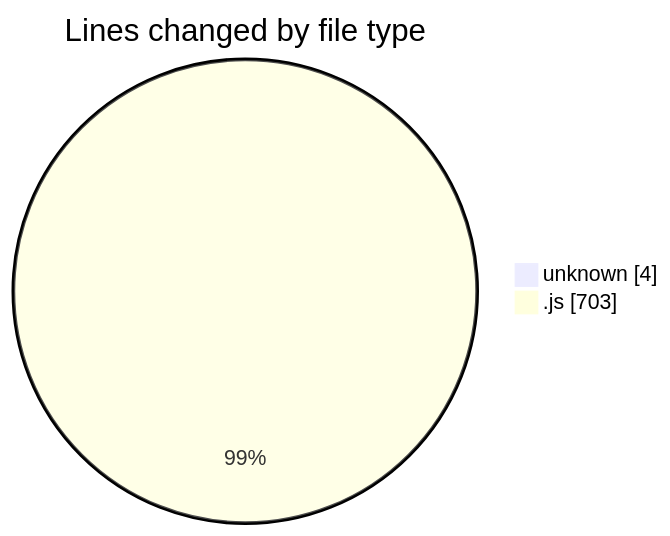
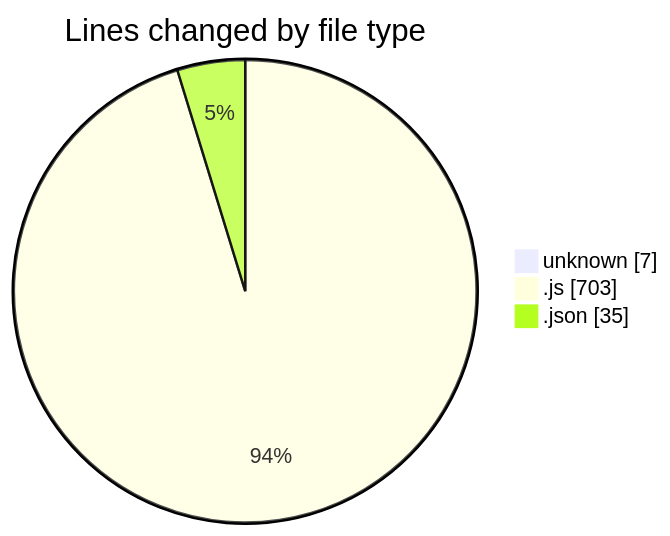
One commit to nxtqubesakshisongat/code-tracking changed the first of 2 diagrams in 2026-04-26/calcapp/README.md. Above: the diagram before and after it, drawn with Mermaid. The commit also changed other lines of this file and 1 other file, not shown here.

````diff
--- a/2026-04-26/calcapp/README.md
+++ b/2026-04-26/calcapp/README.md
@@ -25,6 +26,7 @@
 ```mermaid
 pie showData
 title Lines changed by file type
-"unknown" : 4
+"unknown" : 7
 ".js" : 703
+".json" : 35
 ```
````
